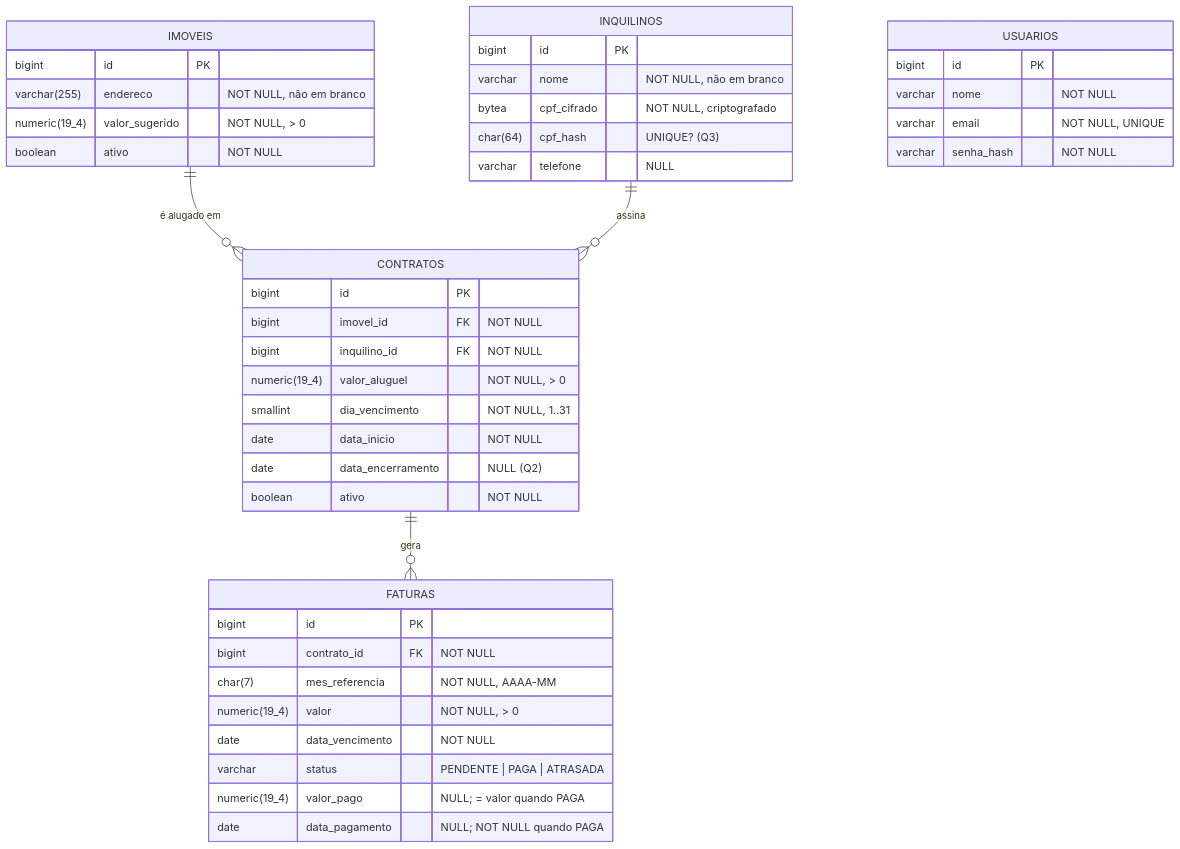
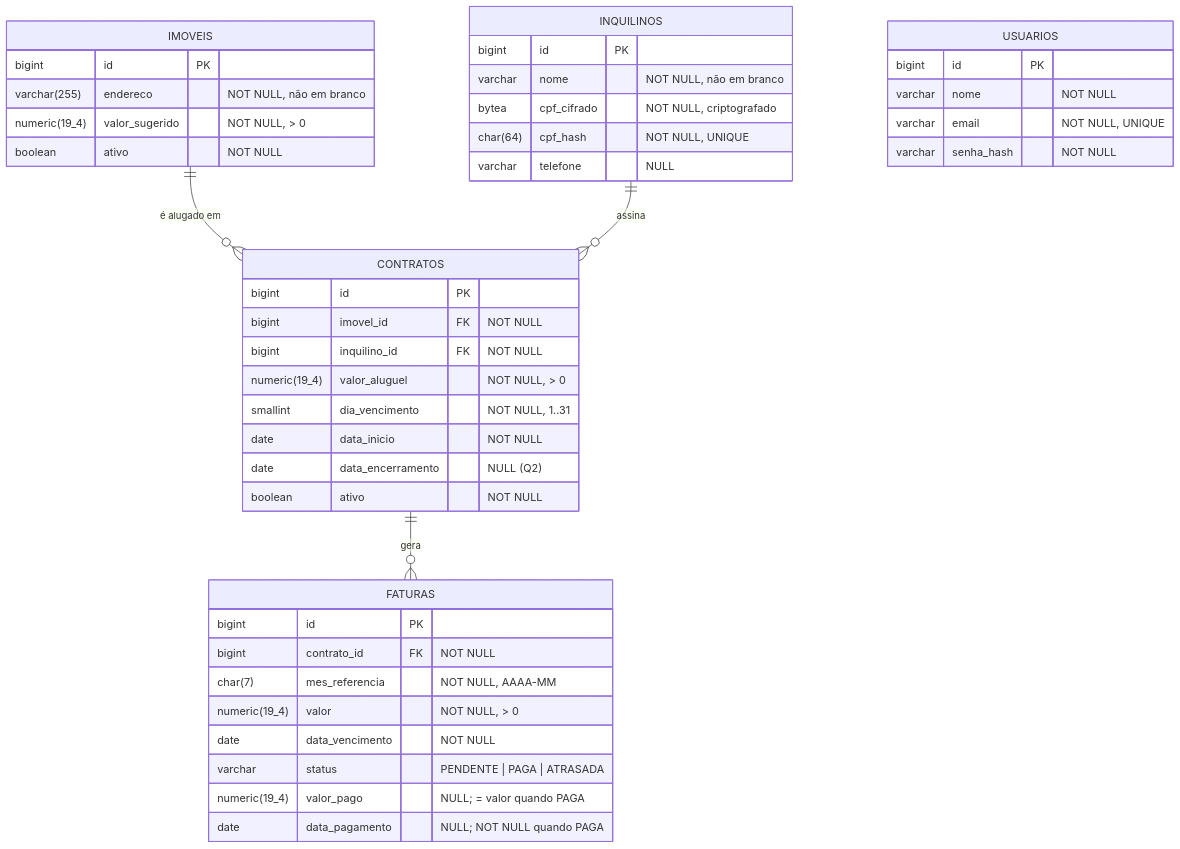
One commit to mardenrafael/habitattio changed the diagram in docs/requisitos-e-der.md. Above: the diagram before and after it, drawn with Mermaid. The commit also changed other lines of this file, not shown here.

````diff
--- a/docs/requisitos-e-der.md
+++ b/docs/requisitos-e-der.md
@@ -97,46 +98,46 @@
 ```mermaid
 erDiagram
     IMOVEIS ||--o{ CONTRATOS : "é alugado em"
     INQUILINOS ||--o{ CONTRATOS : "assina"
     CONTRATOS ||--o{ FATURAS : "gera"
 
     IMOVEIS {
         bigint id PK
         varchar(255) endereco "NOT NULL, não em branco"
         numeric(19_4) valor_sugerido "NOT NULL, > 0"
         boolean ativo "NOT NULL"
     }
     INQUILINOS {
         bigint id PK
         varchar nome "NOT NULL, não em branco"
         bytea cpf_cifrado "NOT NULL, criptografado"
-        char(64) cpf_hash "UNIQUE? (Q3)"
+        char(64) cpf_hash "NOT NULL, UNIQUE"
         varchar telefone "NULL"
     }
     CONTRATOS {
         bigint id PK
         bigint imovel_id FK "NOT NULL"
         bigint inquilino_id FK "NOT NULL"
         numeric(19_4) valor_aluguel "NOT NULL, > 0"
         smallint dia_vencimento "NOT NULL, 1..31"
         date data_inicio "NOT NULL"
         date data_encerramento "NULL (Q2)"
         boolean ativo "NOT NULL"
     }
     FATURAS {
         bigint id PK
         bigint contrato_id FK "NOT NULL"
         char(7) mes_referencia "NOT NULL, AAAA-MM"
         numeric(19_4) valor "NOT NULL, > 0"
         date data_vencimento "NOT NULL"
         varchar status "PENDENTE | PAGA | ATRASADA"
         numeric(19_4) valor_pago "NULL; = valor quando PAGA"
         date data_pagamento "NULL; NOT NULL quando PAGA"
     }
     USUARIOS {
         bigint id PK
         varchar nome "NOT NULL"
         varchar email "NOT NULL, UNIQUE"
         varchar senha_hash "NOT NULL"
     }
 ```
````
